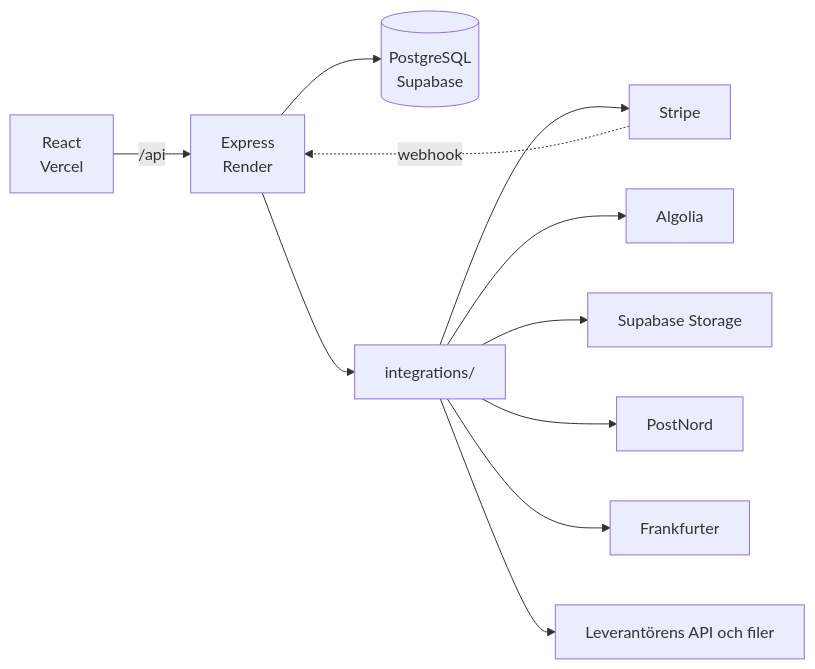
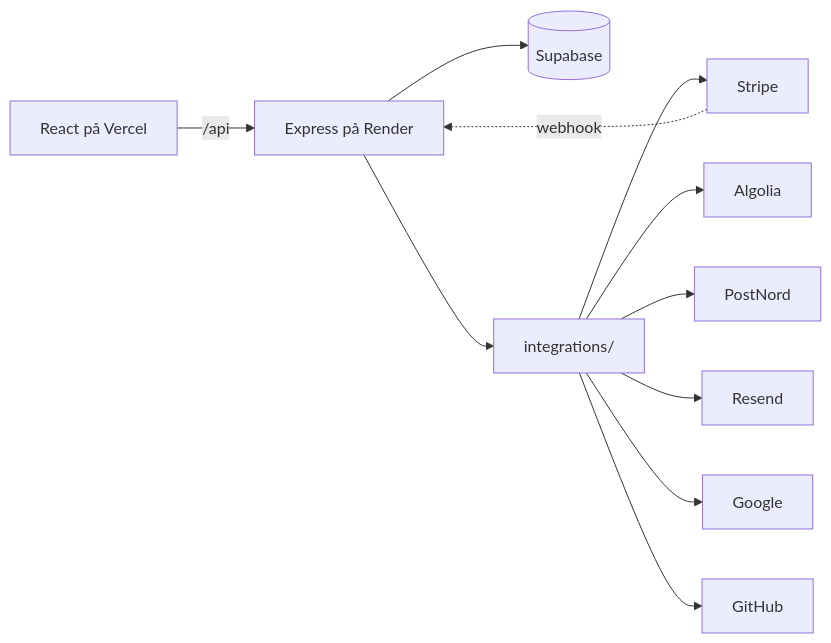
Before and after one commit to shemaakamal00/ReLoved: the diagram in README.md, drawn with Mermaid. The commit also changed other lines of this file and 3 other files, not shown here.

````diff
--- a/README.md
+++ b/README.md
@@ -44,13 +28,8 @@
 ```mermaid
 flowchart LR
-  A[React<br/>Vercel] -->|/api| B[Express<br/>Render]
-  B --> DB[(PostgreSQL<br/>Supabase)]
+  A[React på Vercel] -->|/api| B[Express på Render]
+  B --> DB[(Supabase)]
   B --> I[integrations/]
-  I --> S[Stripe]
-  I --> AL[Algolia]
-  I --> ST[Supabase Storage]
-  I --> P[PostNord]
-  I --> F[Frankfurter]
-  I --> L[Leverantörens API och filer]
-  S -. webhook .-> B
+  I --> Stripe & Algolia & PostNord & Resend & Google & GitHub
+  Stripe -. webhook .-> B
 ```
````
